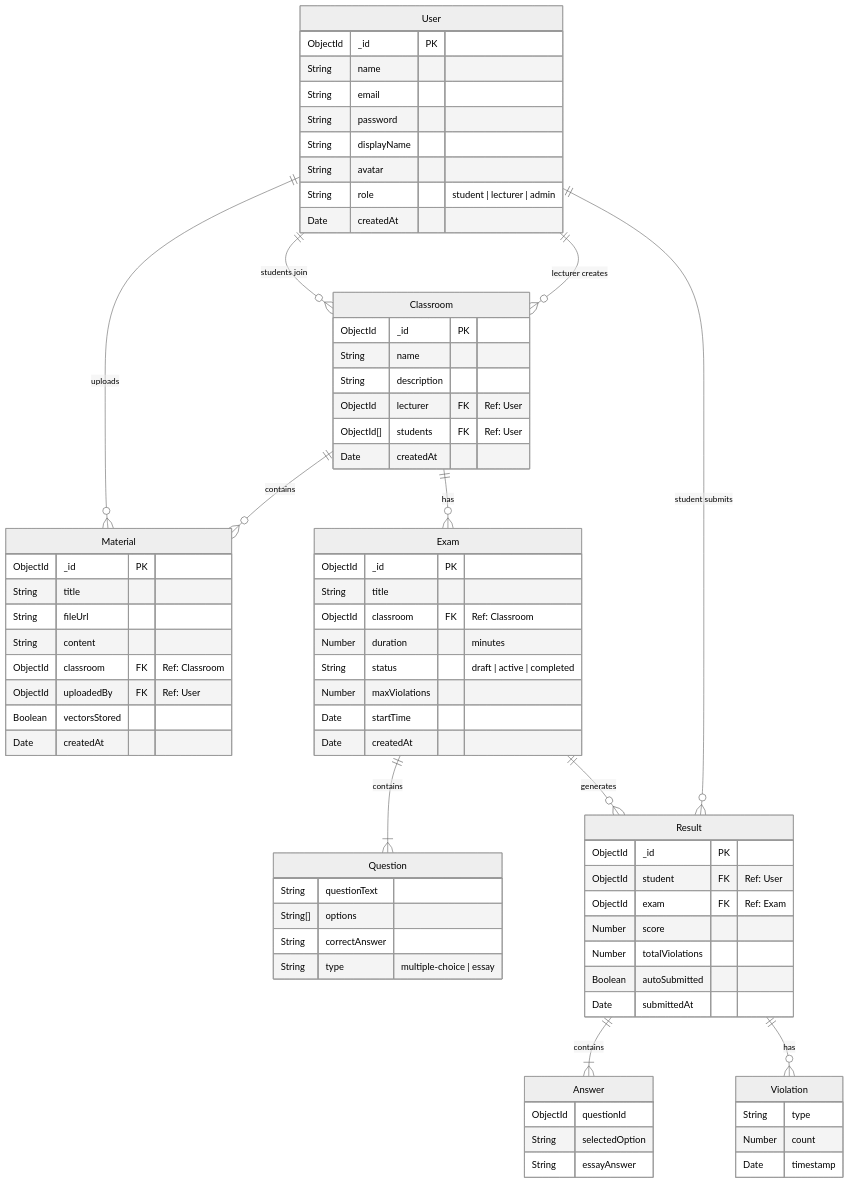
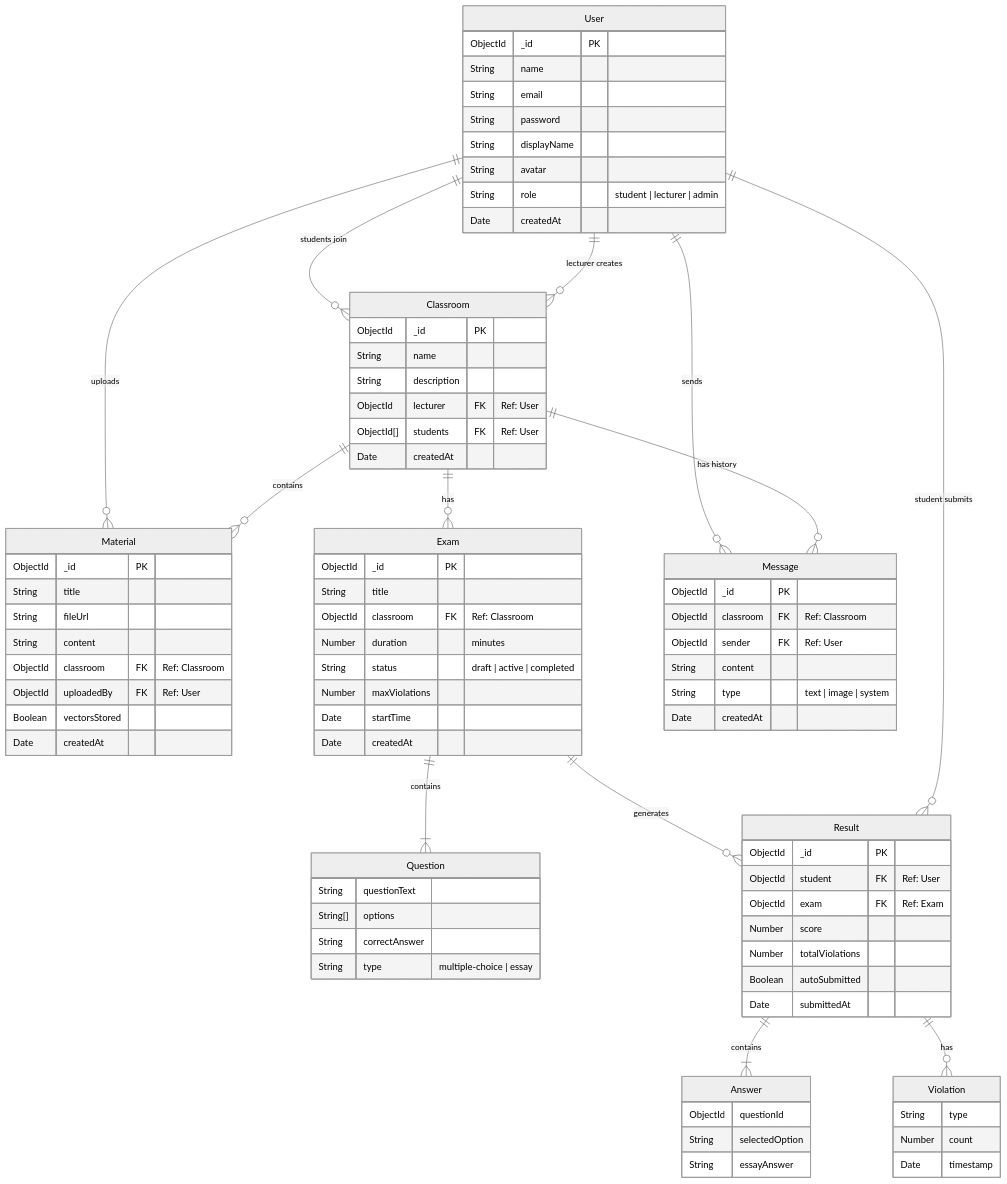
One commit to thankhanh/Online-learning-ai changed the diagram in docs/ERD.md. Above: the diagram before and after it, drawn with Mermaid (neutral theme). The commit also changed 1 other file, not shown here.

Commit message:
update erd and add message model

````diff
--- a/docs/ERD.md
+++ b/docs/ERD.md
@@ -73,6 +73,15 @@
         Date timestamp
     }
 
+    Message {
+        ObjectId _id PK
+        ObjectId classroom FK "Ref: Classroom"
+        ObjectId sender FK "Ref: User"
+        String content
+        String type "text | image | system"
+        Date createdAt
+    }
+
     %% Relationships
     User ||--o{ Classroom : "lecturer creates"
     User ||--o{ Classroom : "students join"
@@ -84,5 +93,7 @@
     Exam ||--o{ Result : "generates"
     Result ||--|{ Answer : "contains"
     Result ||--o{ Violation : "has"
+    Classroom ||--o{ Message : "has history"
+    User ||--o{ Message : "sends"
 
 ```
````
